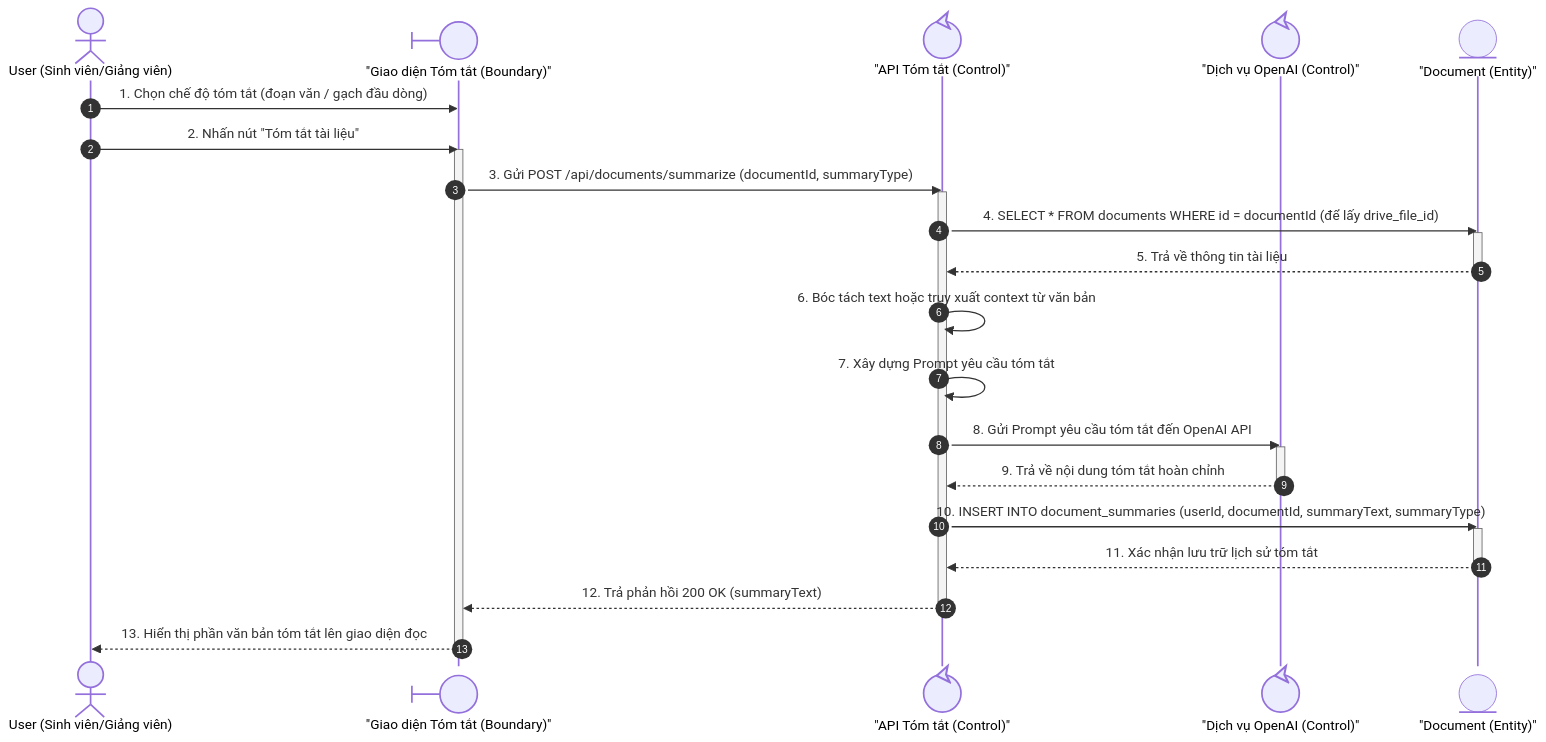
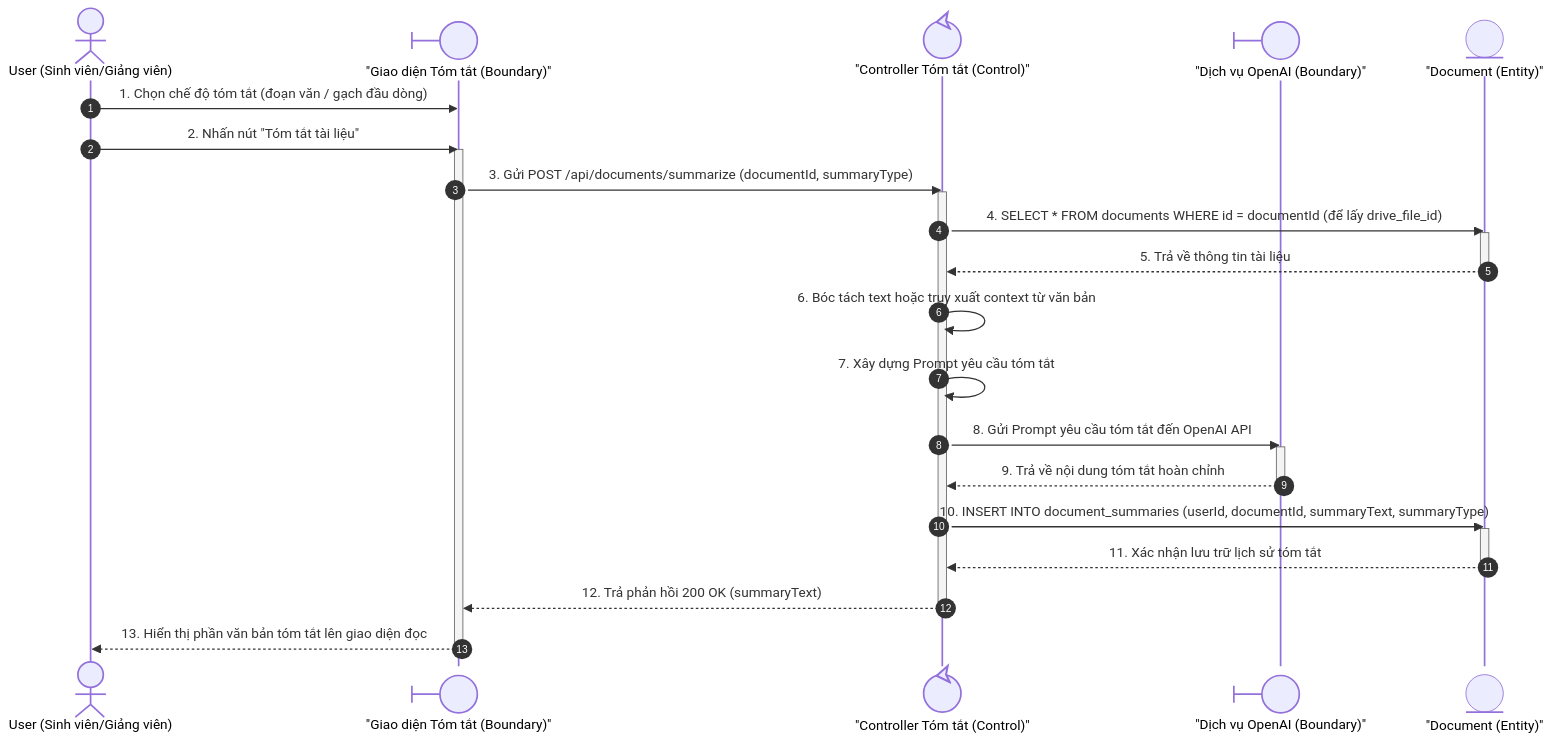
Before and after one commit to vietcuong2004/DATN_TLUDOC: the sixth of 13 diagrams in Cuong_Documents/BaoVeDoAn/Diagram/SequenceDiagrams.md, drawn with Mermaid. The commit also changed other lines of this file and 11 other files, not shown here.

````diff
--- a/Cuong_Documents/BaoVeDoAn/Diagram/SequenceDiagrams.md
+++ b/Cuong_Documents/BaoVeDoAn/Diagram/SequenceDiagrams.md
@@ -231,36 +231,36 @@
 ```mermaid
 sequenceDiagram
     autonumber
     actor User as User (Sinh viên/Giảng viên)
     participant UI@{ "type": "boundary" } as "Giao diện Tóm tắt (Boundary)"
-    participant Control@{ "type": "control" } as "API Tóm tắt (Control)"
-    participant AI@{ "type": "control" } as "Dịch vụ OpenAI (Control)"
+    participant Control@{ "type": "control" } as "Controller Tóm tắt (Control)"
+    participant AI@{ "type": "boundary" } as "Dịch vụ OpenAI (Boundary)"
     participant Entity@{ "type": "entity" } as "Document (Entity)"
 
     User->>UI: 1. Chọn chế độ tóm tắt (đoạn văn / gạch đầu dòng)
     User->>UI: 2. Nhấn nút "Tóm tắt tài liệu"
     activate UI
     UI->>Control: 3. Gửi POST /api/documents/summarize (documentId, summaryType)
     activate Control
     Control->>Entity: 4. SELECT * FROM documents WHERE id = documentId (để lấy drive_file_id)
     activate Entity
     Entity-->>Control: 5. Trả về thông tin tài liệu
     deactivate Entity
     
     Control->>Control: 6. Bóc tách text hoặc truy xuất context từ văn bản
     Control->>Control: 7. Xây dựng Prompt yêu cầu tóm tắt
     Control->>AI: 8. Gửi Prompt yêu cầu tóm tắt đến OpenAI API
     activate AI
     AI-->>Control: 9. Trả về nội dung tóm tắt hoàn chỉnh
     deactivate AI
     
     Control->>Entity: 10. INSERT INTO document_summaries (userId, documentId, summaryText, summaryType)
     activate Entity
     Entity-->>Control: 11. Xác nhận lưu trữ lịch sử tóm tắt
     deactivate Entity
     
     Control-->>UI: 12. Trả phản hồi 200 OK (summaryText)
     deactivate Control
     UI-->>User: 13. Hiển thị phần văn bản tóm tắt lên giao diện đọc
     deactivate UI
 ```
````
